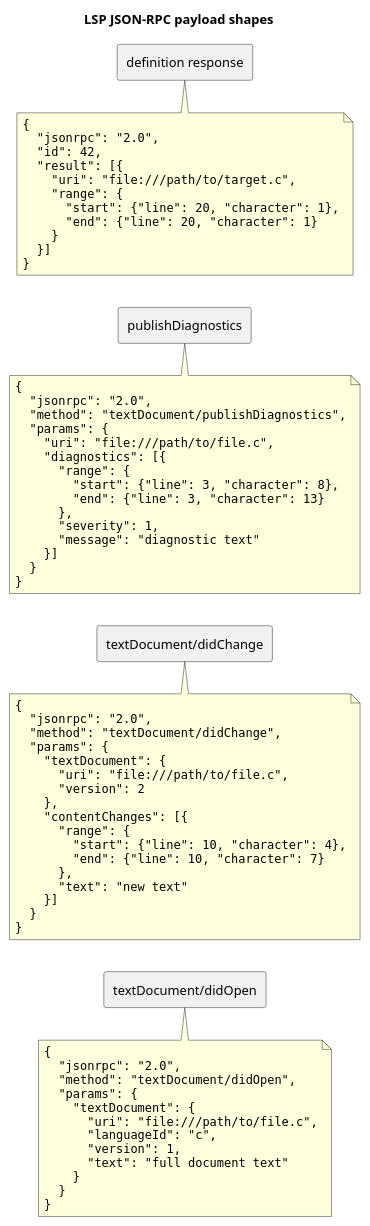
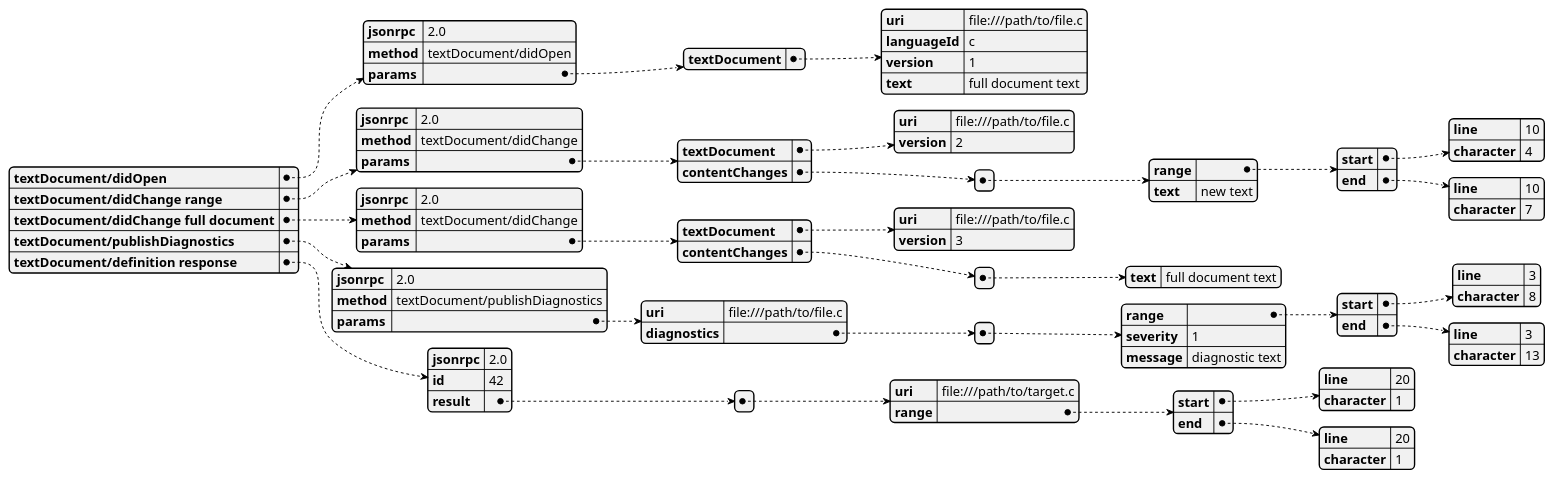
The diagram in docs/diagrams/src/lsp-jsonrpc-shapes.puml (kokkoniemi/rotide), drawn with PlantUML before and after one commit. The commit also changed 14 other files, not shown here.

```diff
--- a/docs/diagrams/src/lsp-jsonrpc-shapes.puml
+++ b/docs/diagrams/src/lsp-jsonrpc-shapes.puml
@@ -1,80 +1,98 @@
-@startuml
-skinparam backgroundColor #FFFFFF
-skinparam NoteFontName Monospaced
-title LSP JSON-RPC payload shapes
-
-left to right direction
-
-rectangle "textDocument/didOpen" as didOpen
-rectangle "textDocument/didChange" as didChange
-rectangle "publishDiagnostics" as diagnostics
-rectangle "definition response" as definition
-
-note bottom of didOpen
+@startjson
 {
-  "jsonrpc": "2.0",
-  "method": "textDocument/didOpen",
-  "params": {
-    "textDocument": {
+  "textDocument/didOpen": {
+    "jsonrpc": "2.0",
+    "method": "textDocument/didOpen",
+    "params": {
+      "textDocument": {
+        "uri": "file:///path/to/file.c",
+        "languageId": "c",
+        "version": 1,
+        "text": "full document text"
+      }
+    }
+  },
+  "textDocument/didChange range": {
+    "jsonrpc": "2.0",
+    "method": "textDocument/didChange",
+    "params": {
+      "textDocument": {
+        "uri": "file:///path/to/file.c",
+        "version": 2
+      },
+      "contentChanges": [
+        {
+          "range": {
+            "start": {
+              "line": 10,
+              "character": 4
+            },
+            "end": {
+              "line": 10,
+              "character": 7
+            }
+          },
+          "text": "new text"
+        }
+      ]
+    }
+  },
+  "textDocument/didChange full document": {
+    "jsonrpc": "2.0",
+    "method": "textDocument/didChange",
+    "params": {
+      "textDocument": {
+        "uri": "file:///path/to/file.c",
+        "version": 3
+      },
+      "contentChanges": [
+        {
+          "text": "full document text"
+        }
+      ]
+    }
+  },
+  "textDocument/publishDiagnostics": {
+    "jsonrpc": "2.0",
+    "method": "textDocument/publishDiagnostics",
+    "params": {
       "uri": "file:///path/to/file.c",
-      "languageId": "c",
-      "version": 1,
-      "text": "full document text"
+      "diagnostics": [
+        {
+          "range": {
+            "start": {
+              "line": 3,
+              "character": 8
+            },
+            "end": {
+              "line": 3,
+              "character": 13
+            }
+          },
+          "severity": 1,
+          "message": "diagnostic text"
+        }
+      ]
     }
+  },
+  "textDocument/definition response": {
+    "jsonrpc": "2.0",
+    "id": 42,
+    "result": [
+      {
+        "uri": "file:///path/to/target.c",
+        "range": {
+          "start": {
+            "line": 20,
+            "character": 1
+          },
+          "end": {
+            "line": 20,
+            "character": 1
+          }
+        }
+      }
+    ]
   }
 }
-end note
-
-note bottom of didChange
-{
-  "jsonrpc": "2.0",
-  "method": "textDocument/didChange",
-  "params": {
-    "textDocument": {
-      "uri": "file:///path/to/file.c",
-      "version": 2
-    },
-    "contentChanges": [{
-      "range": {
-        "start": {"line": 10, "character": 4},
-        "end": {"line": 10, "character": 7}
-      },
-      "text": "new text"
-    }]
-  }
-}
-end note
-
-note bottom of diagnostics
-{
-  "jsonrpc": "2.0",
-  "method": "textDocument/publishDiagnostics",
-  "params": {
-    "uri": "file:///path/to/file.c",
-    "diagnostics": [{
-      "range": {
-        "start": {"line": 3, "character": 8},
-        "end": {"line": 3, "character": 13}
-      },
-      "severity": 1,
-      "message": "diagnostic text"
-    }]
-  }
-}
-end note
-
-note bottom of definition
-{
-  "jsonrpc": "2.0",
-  "id": 42,
-  "result": [{
-    "uri": "file:///path/to/target.c",
-    "range": {
-      "start": {"line": 20, "character": 1},
-      "end": {"line": 20, "character": 1}
-    }
-  }]
-}
-end note
-
-@enduml
+@endjson
```
